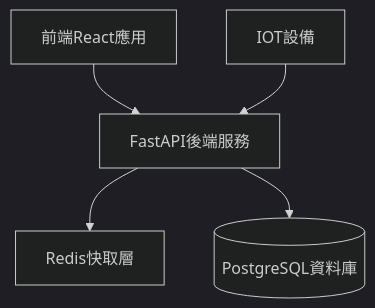
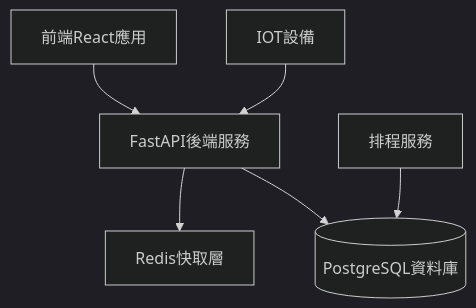
Before and after one commit to sacahan/CSCFlow: the first of 2 diagrams in plan/backend_prd.md, drawn with Mermaid (dark theme). The commit also changed other lines of this file and 24 other files, not shown here.

````diff
--- a/plan/backend_prd.md
+++ b/plan/backend_prd.md
@@ -25,13 +26,15 @@
 ```mermaid
 graph TB
     Client[前端React應用]
     API[FastAPI後端服務]
     Cache[Redis快取層]
     DB[(PostgreSQL資料庫)]
     IOT[IOT設備]
+    Scheduler[排程服務]
 
     Client --> API
     API --> Cache
     API --> DB
     IOT --> API
+    Scheduler --> DB
 ```
````
